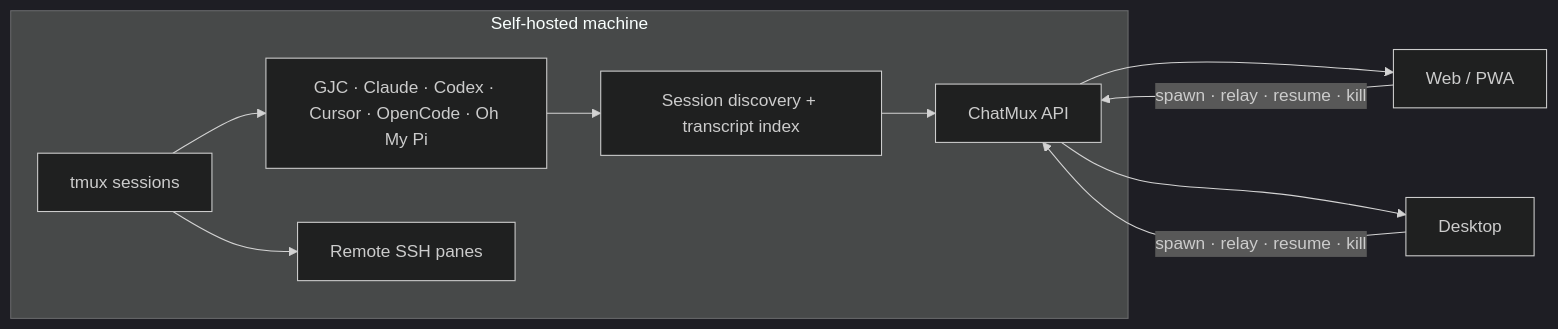
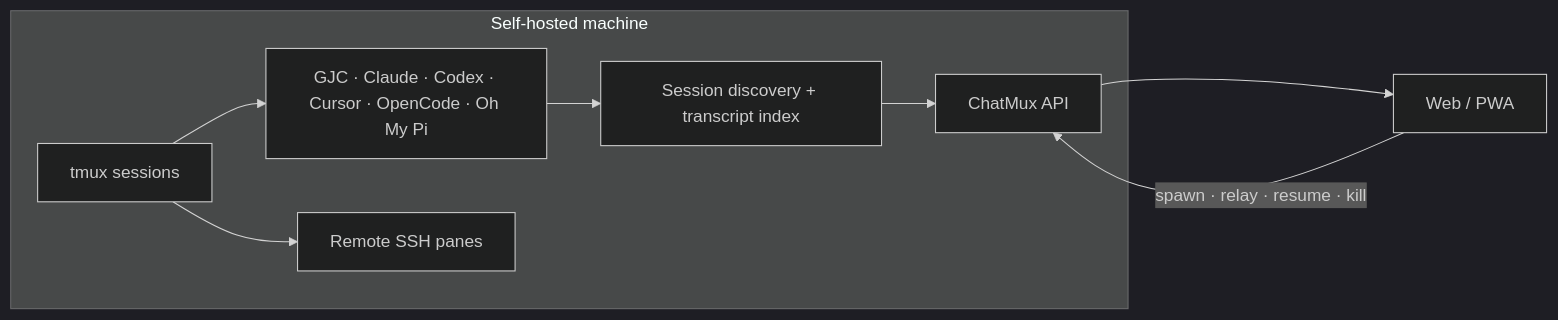
One commit to devswha/chatmux changed the diagram in README.md. Above: the diagram before and after it, drawn with Mermaid (dark theme). The commit also changed other lines of this file and 108 other files, not shown here.

````diff
--- a/README.md
+++ b/README.md
@@ -106,20 +105,18 @@
 ```mermaid
 flowchart LR
   subgraph Host[Self-hosted machine]
     TMUX[tmux sessions]
     AGENTS[GJC · Claude · Codex · Cursor · OpenCode · Oh My Pi]
     SSH[Remote SSH panes]
     INDEX[Session discovery + transcript index]
     API[ChatMux API]
 
     TMUX --> AGENTS
     TMUX --> SSH
     AGENTS --> INDEX
     INDEX --> API
   end
 
   API --> WEB[Web / PWA]
-  API --> DESKTOP[Desktop]
   WEB -->|spawn · relay · resume · kill| API
-  DESKTOP -->|spawn · relay · resume · kill| API
 ```
````
